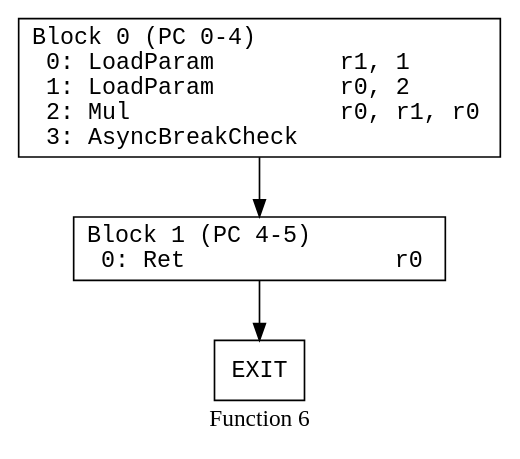
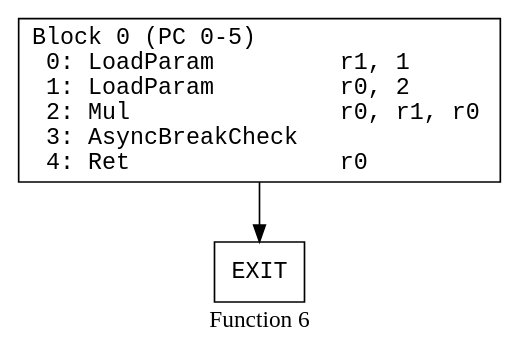
The diagram in data/individual_pdfs/cjs-show-source_function_6.dot (kroo/hermes-dec-rs), drawn with Graphviz before and after one commit. The commit also changed 116 other files, not shown here.

```diff
--- a/data/individual_pdfs/cjs-show-source_function_6.dot
+++ b/data/individual_pdfs/cjs-show-source_function_6.dot
@@ -1,18 +1,16 @@
 // Function 6 from cjs-show-source
 // Generated from data/cjs-show-source.dot
 
 digraph {
   rankdir=TB;
   node [shape=box, fontname="monospace"];
 
   label = "Function 6";
   style = filled;
   color = lightgrey;
 
-  f6_n0 [ label = "Block 0 (PC 0-4)\l  0: LoadParam         r1, 1\l  1: LoadParam         r0, 2\l  2: Mul               r0, r1, r0\l  3: AsyncBreakCheck   \l" ]
-  f6_n1 [ label = "Block 1 (PC 4-5)\l  0: Ret               r0\l" ]
-  f6_n2 [ label = "EXIT" ]
+  f6_n0 [ label = "Block 0 (PC 0-5)\l  0: LoadParam         r1, 1\l  1: LoadParam         r0, 2\l  2: Mul               r0, r1, r0\l  3: AsyncBreakCheck   \l  4: Ret               r0\l" ]
+  f6_n1 [ label = "EXIT" ]
 
   f6_n0 -> f6_n1
-  f6_n1 -> f6_n2
 }
```
